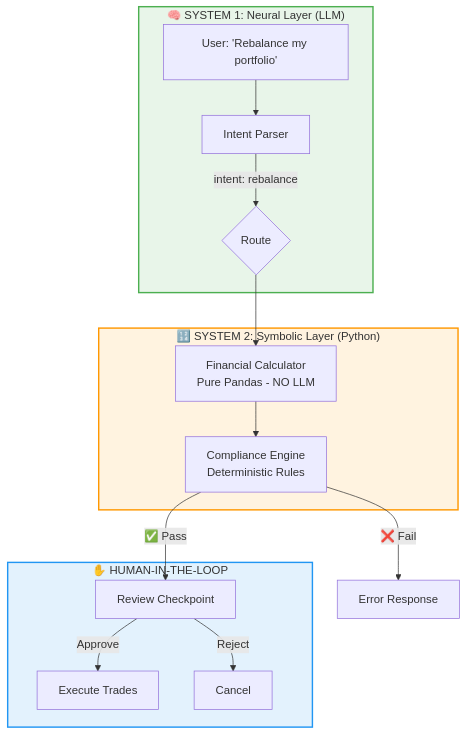
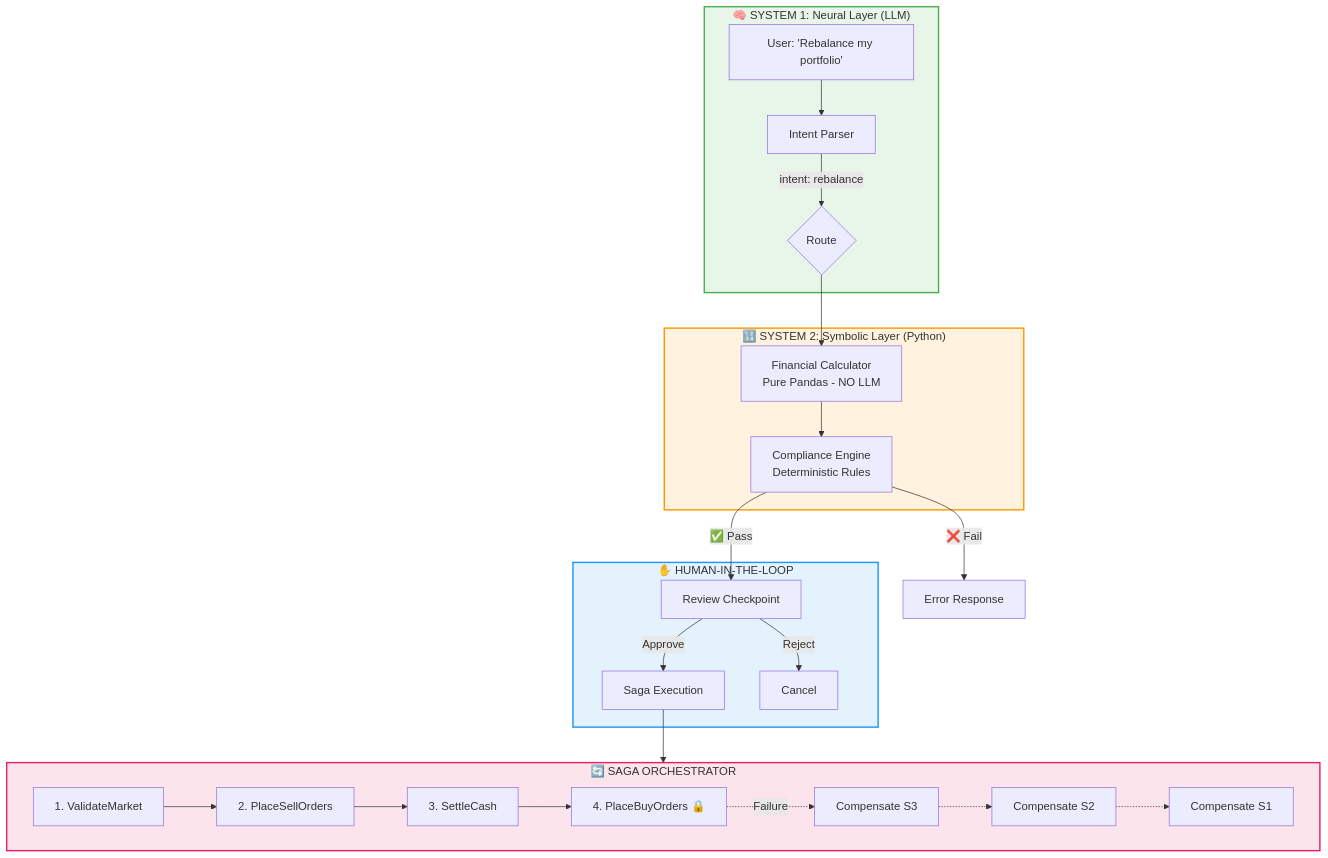
One commit to hiteshdundi01/CyborgAdvisor changed the diagram in README.md. Above: the diagram before and after it, drawn with Mermaid. The commit also changed other lines of this file and 9 other files, not shown here.

````diff
--- a/README.md
+++ b/README.md
@@ -88,29 +90,42 @@
 ```mermaid
 flowchart TB
     subgraph Neural["🧠 SYSTEM 1: Neural Layer (LLM)"]
         A[User: 'Rebalance my portfolio'] --> B[Intent Parser]
         B --> |"intent: rebalance"| C{Route}
     end
     
     subgraph Symbolic["🔢 SYSTEM 2: Symbolic Layer (Python)"]
         D[Financial Calculator<br/>Pure Pandas - NO LLM]
         E[Compliance Engine<br/>Deterministic Rules]
         D --> E
     end
     
+    subgraph Saga["🔄 SAGA ORCHESTRATOR"]
+        S1[1. ValidateMarket]
+        S2[2. PlaceSellOrders]
+        S3[3. SettleCash]
+        S4[4. PlaceBuyOrders 🔒]
+        S1 --> S2 --> S3 --> S4
+        S4 -.->|"Failure"| R3[Compensate S3]
+        R3 -.-> R2[Compensate S2]
+        R2 -.-> R1[Compensate S1]
+    end
+    
     subgraph Human["✋ HUMAN-IN-THE-LOOP"]
         F[Review Checkpoint]
-        G[Execute Trades]
+        G[Saga Execution]
         H[Cancel]
     end
     
     C --> D
     E -->|"✅ Pass"| F
     E -->|"❌ Fail"| I[Error Response]
     F -->|"Approve"| G
+    G --> Saga
     F -->|"Reject"| H
     
     style Neural fill:#e8f5e9,stroke:#4caf50,stroke-width:2px
     style Symbolic fill:#fff3e0,stroke:#ff9800,stroke-width:2px
     style Human fill:#e3f2fd,stroke:#2196f3,stroke-width:2px
+    style Saga fill:#fce4ec,stroke:#e91e63,stroke-width:2px
 ```
````
